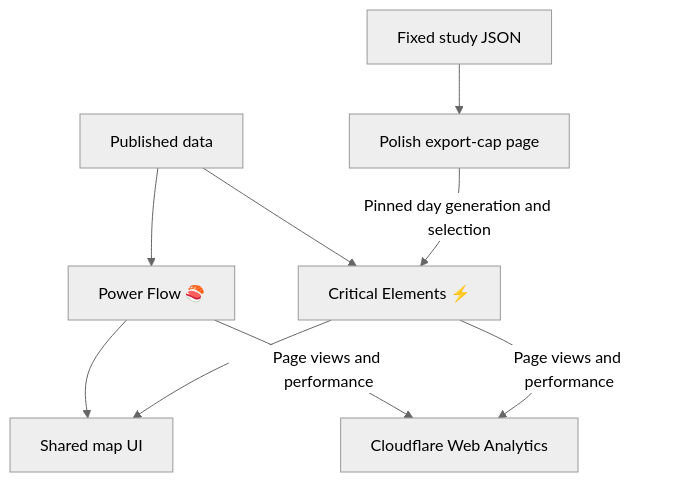
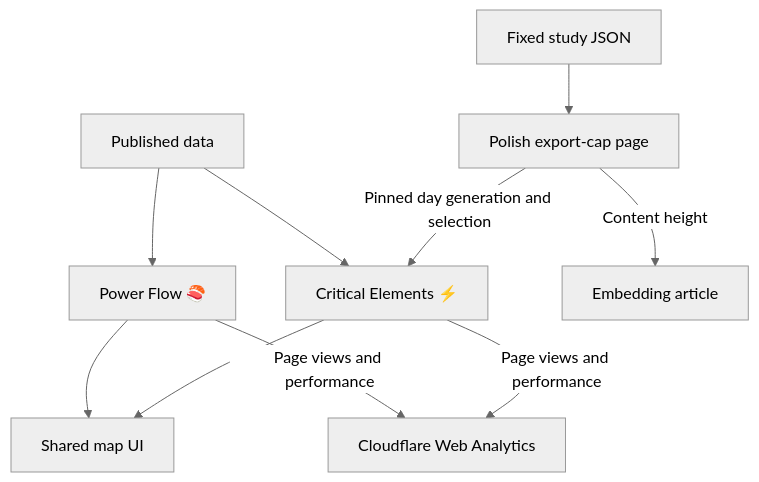
The diagram in coppersushi/frontend/README.md (zoltanmaric/coppersushi), drawn with Mermaid (neutral theme) before and after one commit. The commit also changed other lines of this file and 5 other files, not shown here.

````diff
--- a/coppersushi/frontend/README.md
+++ b/coppersushi/frontend/README.md
@@ -10,15 +10,16 @@
 ```mermaid
 flowchart TB
   data["Published data"]
   data --> powerflow["Power Flow 🍣"]
   data --> cnec["Critical Elements ⚡️"]
   powerflow --> shared["Shared map UI"]
   cnec --> shared
   study["Fixed study JSON"] --> investigation["Polish export-cap page"]
+  investigation -->|Content height| article["Embedding article"]
   investigation -->|Pinned day generation and selection| cnec
   powerflow -->|Page views and performance| analytics["Cloudflare Web Analytics"]
   cnec -->|Page views and performance| analytics
   click powerflow "https://github.com/zoltanmaric/coppersushi/tree/main/coppersushi/frontend/pages/powerflow/README.md"
   click cnec "https://github.com/zoltanmaric/coppersushi/tree/main/coppersushi/frontend/pages/cnec/README.md"
   click shared "https://github.com/zoltanmaric/coppersushi/tree/main/coppersushi/frontend/map/README.md"
 ```
````
